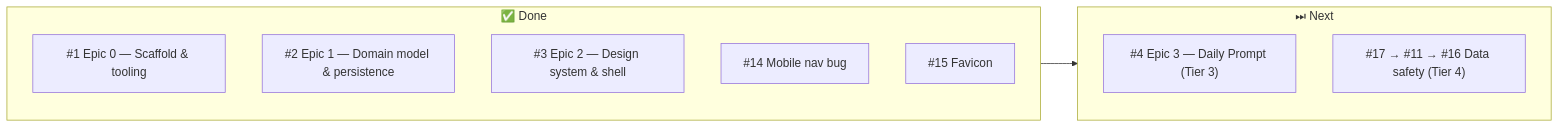
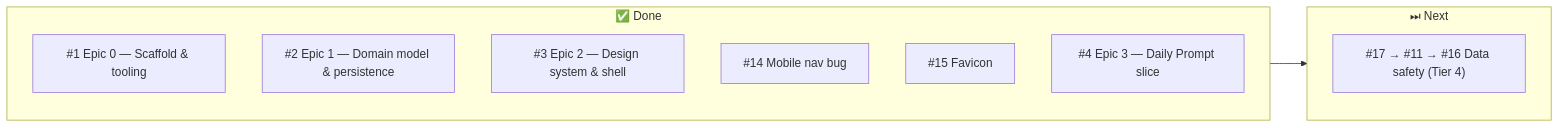
One commit to ZhannaM85/life-kaleidoscope changed the third of 3 diagrams in docs/ARCHITECTURE.md. Above: the diagram before and after it, drawn with Mermaid. The commit also changed other lines of this file and 1 other file, not shown here.

Commit message:
docs: update ARCHITECTURE.md and priority list for Epic 3 (#4)

````diff
--- a/docs/ARCHITECTURE.md
+++ b/docs/ARCHITECTURE.md
@@ -251,15 +280,15 @@
 ```mermaid
 flowchart LR
     subgraph Done ["✅ Done"]
         E0["#1 Epic 0 — Scaffold & tooling"]
         E1["#2 Epic 1 — Domain model & persistence"]
         E2["#3 Epic 2 — Design system & shell"]
         B14["#14 Mobile nav bug"]
         B15["#15 Favicon"]
+        E3["#4 Epic 3 — Daily Prompt slice"]
     end
     subgraph Next ["⏭ Next"]
-        E3["#4 Epic 3 — Daily Prompt (Tier 3)"]
         DS["#17 → #11 → #16 Data safety (Tier 4)"]
     end
     Done --> Next
 ```
````
